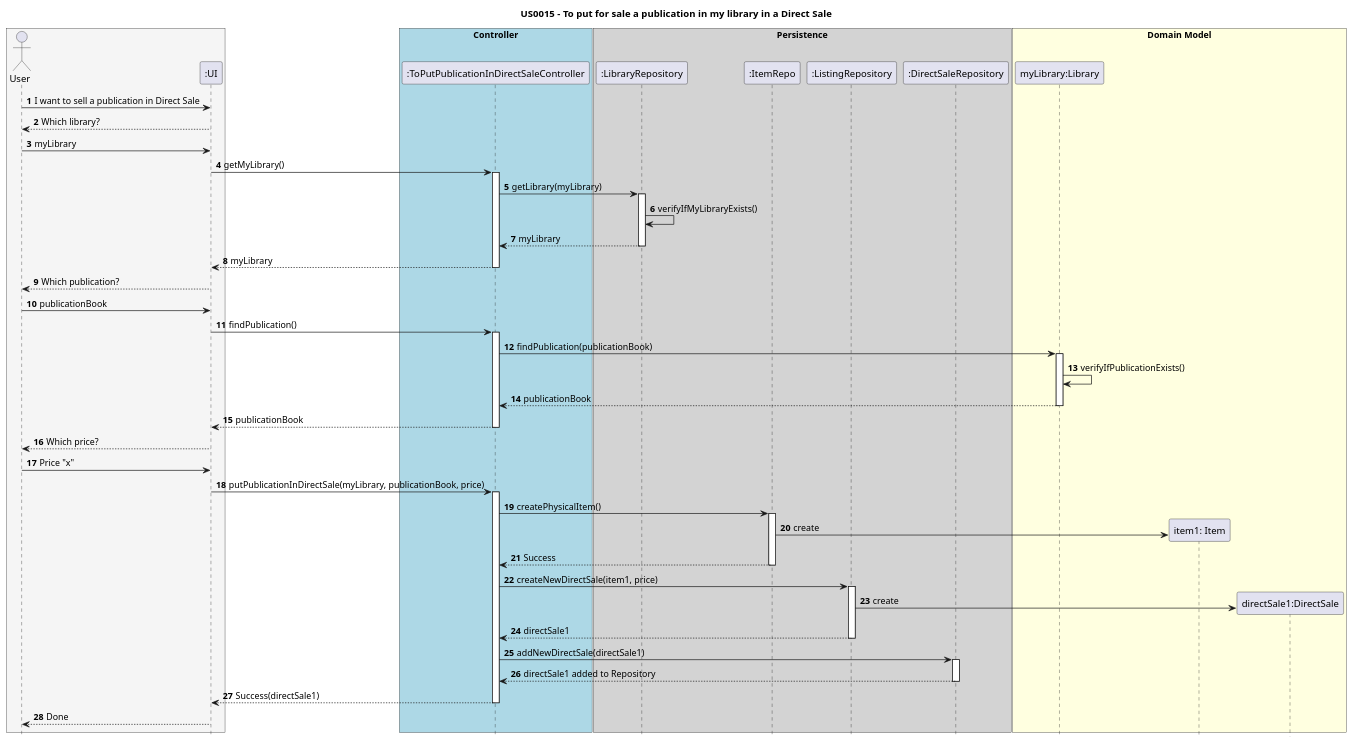
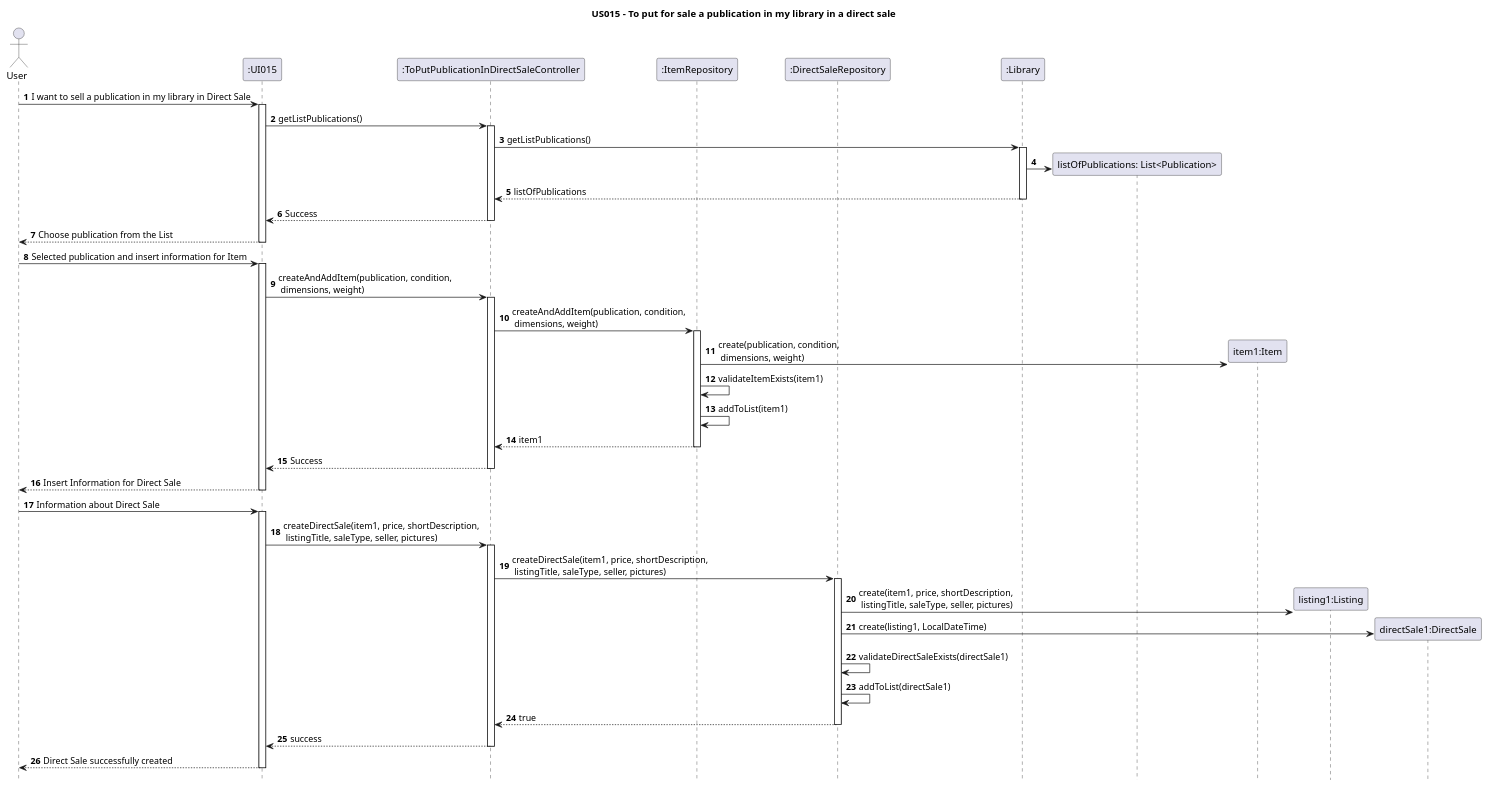
One commit to AndrePereiraGitH/SWitCH-Project-Team_A changed the diagram in Diagrams/SequenceDiagrams/N2/US015-To-put-for-a-sale-a-publication-in-my-library-in-a-direct-sale.puml. Above: the diagram before and after it, drawn with PlantUML. The commit also changed 5 other files, not shown here.

Commit message:
Working on #114 #115 #117 - Improving SD and CD for US015 and create Class DirectSale and Tests @ClaudiaLamas-switch

```diff
--- a/Diagrams/SequenceDiagrams/N2/US015-To-put-for-a-sale-a-publication-in-my-library-in-a-direct-sale.puml
+++ b/Diagrams/SequenceDiagrams/N2/US015-To-put-for-a-sale-a-publication-in-my-library-in-a-direct-sale.puml
@@ -1,83 +1,76 @@
 @startuml
 autonumber
 hide footbox
-title US0015 - To put for sale a publication in my library in a Direct Sale
-
-box #WhiteSmoke
-actor User
-participant ":UI" as UI
-end box
-
-box "Controller" #LightBlue
-participant ":ToPutPublicationInDirectSaleController" as C
-end box
-
-box "Persistence" #LightGrey
-participant ":LibraryRepository" as LibRepo
-participant ":ItemRepo" as Item
-participant ":ListingRepository" as ListRepo
-participant ":DirectSaleRepository" as DirSaleRepo
-end box
-
-box "Domain Model"#LightYellow
-participant "myLibrary:Library" as Lib
-
-User -> UI : I want to sell a publication in Direct Sale
-UI --> User : Which library?
-User -> UI : myLibrary
+title US015 - To put for sale a publication in my library in a direct sale
 
 
-UI -> C : getMyLibrary()
+actor User
+participant ":UI015" as UI
+
+participant ":ToPutPublicationInDirectSaleController" as C
+participant ":ItemRepository" as I
+participant ":DirectSaleRepository" as S
+participant ":Library" as Lib
+
+User -> UI : I want to sell a publication in my library in Direct Sale
+activate UI
+UI -> C : getListPublications()
 activate C
-C -> LibRepo : getLibrary(myLibrary)
-activate LibRepo
-LibRepo -> LibRepo : verifyIfMyLibraryExists()
-LibRepo --> C : myLibrary
-deactivate LibRepo
-C --> UI : myLibrary
+C -> Lib : getListPublications()
+
+activate Lib
+
+create "listOfPublications: List<Publication>" as LP
+Lib -> LP
+Lib --> C : listOfPublications
+deactivate Lib
+C --> UI : Success
+deactivate C
+
+UI --> User : Choose publication from the List
+deactivate UI
+User -> UI : Selected publication and insert information for Item
+activate UI
+
+UI -> C : createAndAddItem(publication, condition,\n dimensions, weight)
+activate C
+C -> I : createAndAddItem(publication, condition,\n dimensions, weight)
+activate I
+
+create "item1:Item" as item1
+I -> item1 : create(publication, condition,\n dimensions, weight)
+I -> I : validateItemExists(item1)
+I -> I : addToList(item1)
+I --> C : item1
+deactivate I
+C --> UI: Success
 deactivate C
 
 
-UI --> User : Which publication?
-User -> UI : publicationBook
+UI --> User : Insert Information for Direct Sale
+deactivate UI
+User -> UI : Information about Direct Sale
+activate UI
 
-UI -> C : findPublication()
+UI -> C : createDirectSale(item1, price, shortDescription,\n listingTitle, saleType, seller, pictures)
 activate C
-C -> Lib : findPublication(publicationBook)
-activate Lib
-Lib -> Lib : verifyIfPublicationExists()
-Lib --> C : publicationBook
-deactivate Lib
-C --> UI : publicationBook
-deactivate C
+
+C -> S : createDirectSale(item1, price, shortDescription,\n listingTitle, saleType, seller, pictures)
+activate S
+create "listing1:Listing" as listing1
+S -> listing1 : create(item1, price, shortDescription,\n listingTitle, saleType, seller, pictures)
 
 
-UI --> User : Which price?
-User -> UI : Price "x"
 
-UI -> C : putPublicationInDirectSale(myLibrary, publicationBook, price)
-activate C
-C -> Item : createPhysicalItem()
-activate Item
-create "item1: Item" as item1
-Item -> item1 : create
-Item --> C : Success
-deactivate Item
+create "directSale1:DirectSale" as directSale1
+S -> directSale1 : create(listing1, LocalDateTime)
+S -> S : validateDirectSaleExists(directSale1)
+S -> S : addToList(directSale1)
+S --> C : true
+deactivate S
 
-C -> ListRepo : createNewDirectSale(item1, price)
-activate ListRepo
-create "directSale1:DirectSale" as directSale1
-ListRepo -> directSale1 : create
-ListRepo --> C : directSale1
-deactivate ListRepo
-
-C -> DirSaleRepo : addNewDirectSale(directSale1)
-activate DirSaleRepo
-DirSaleRepo --> C : directSale1 added to Repository
-deactivate DirSaleRepo
-end box
-
-C --> UI : Success(directSale1)
+C --> UI : success
 deactivate C
-UI --> User : Done
+UI --> User : Direct Sale successfully created
+deactivate UI
 @enduml
```
